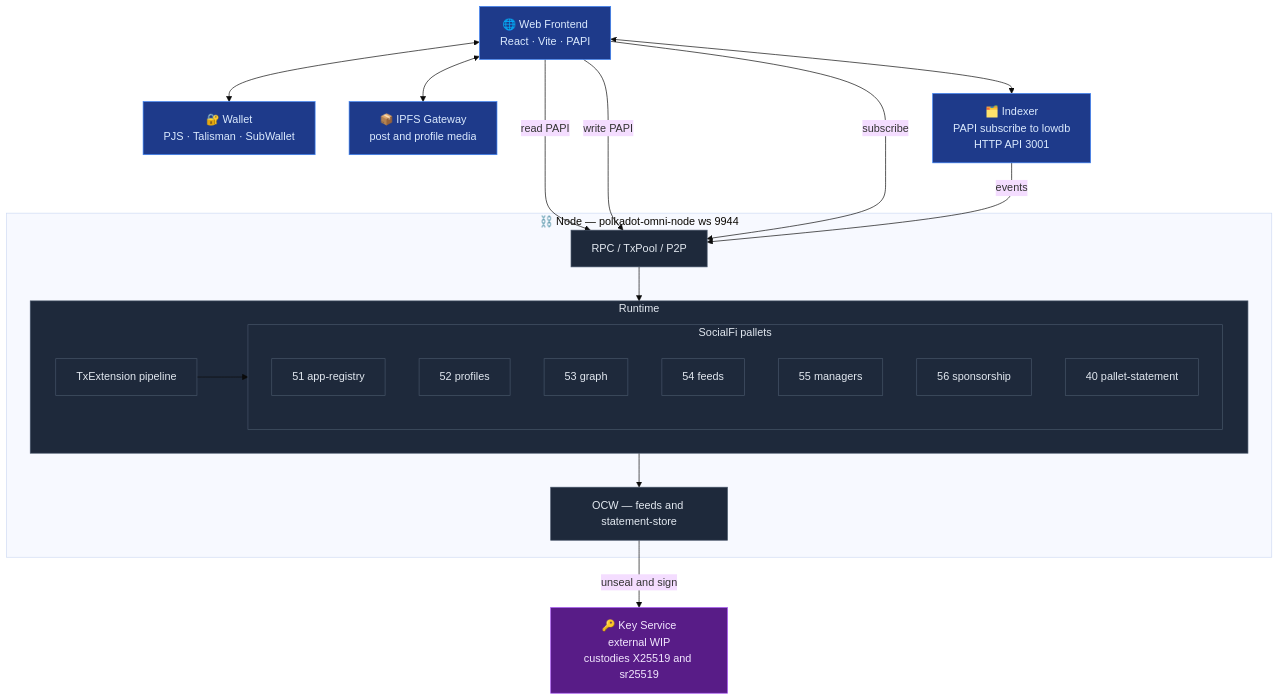
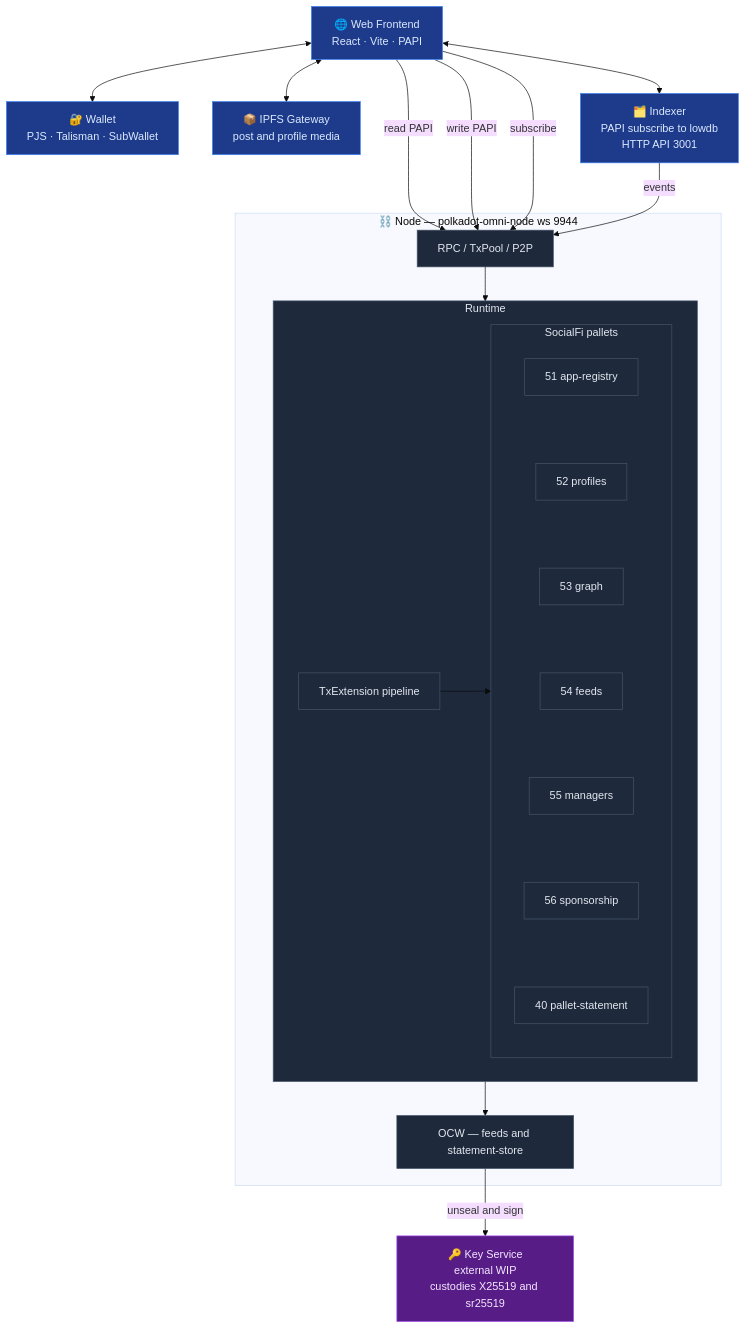
Before and after one commit to germankuber/socialfi-protocol: the diagram in README.md, drawn with Mermaid (base theme).

Commit message:
fix(readme): stack SocialFi pallets vertically in the mermaid diagram
Without a direction hint, Mermaid's dagre laid the seven pallets out horizontally and blew up the diagram width. Added 'direction TB' to the Pallets subgraph and chained the pallet nodes with Mermaid's invisible-link operator (~~~) so the renderer knows to stack them top-to-bottom. Invisible links were chosen over real edges so the ordering does not imply a non-existent data flow between pallets.

````diff
--- a/README.md
+++ b/README.md
@@ -15,46 +15,48 @@
 ```mermaid
 flowchart TB
     Wallet["🔐 Wallet<br/>PJS · Talisman · SubWallet"]
     IPFS["📦 IPFS Gateway<br/>post and profile media"]
     Front["🌐 Web Frontend<br/>React · Vite · PAPI"]
     Indexer["🗂️ Indexer<br/>PAPI subscribe to lowdb<br/>HTTP API 3001"]
     KS["🔑 Key Service<br/>external WIP<br/>custodies X25519 and sr25519"]
 
     subgraph Node["⛓️ Node — polkadot-omni-node ws 9944"]
         RPC["RPC / TxPool / P2P"]
         subgraph RT["Runtime"]
             TxExt["TxExtension pipeline"]
             subgraph Pallets["SocialFi pallets"]
+                direction TB
                 AR["51 app-registry"]
                 PR["52 profiles"]
                 GR["53 graph"]
                 FD["54 feeds"]
                 MG["55 managers"]
                 SP["56 sponsorship"]
                 ST["40 pallet-statement"]
+                AR ~~~ PR ~~~ GR ~~~ FD ~~~ MG ~~~ SP ~~~ ST
             end
             TxExt --> Pallets
         end
         OCW["OCW — feeds and statement-store"]
         RPC --> RT
         RT --> OCW
     end
 
     Front <--> Wallet
     Front <--> IPFS
     Front <--> Indexer
 
     Front -- "read PAPI" --> RPC
     Front -- "write PAPI" --> RPC
     Front -- "subscribe" --> RPC
 
     Indexer -- "events" --> RPC
     OCW -- "unseal and sign" --> KS
 
     classDef user fill:#1e3a8a,color:#dbeafe,stroke:#3b82f6
     classDef chain fill:#1e293b,color:#e2e8f0,stroke:#475569
     classDef external fill:#581c87,color:#f3e8ff,stroke:#a855f7
     class Wallet,Front,IPFS,Indexer user
     class RPC,RT,OCW,TxExt,Pallets,AR,PR,GR,FD,MG,SP,ST chain
     class KS external
 ```
````
